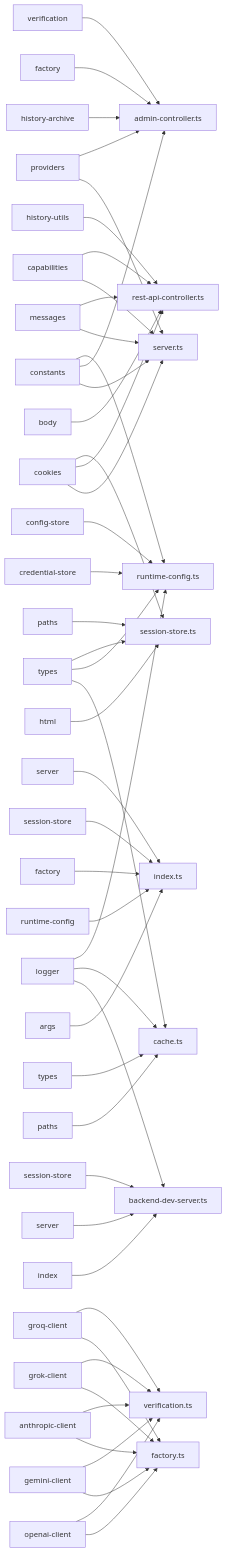
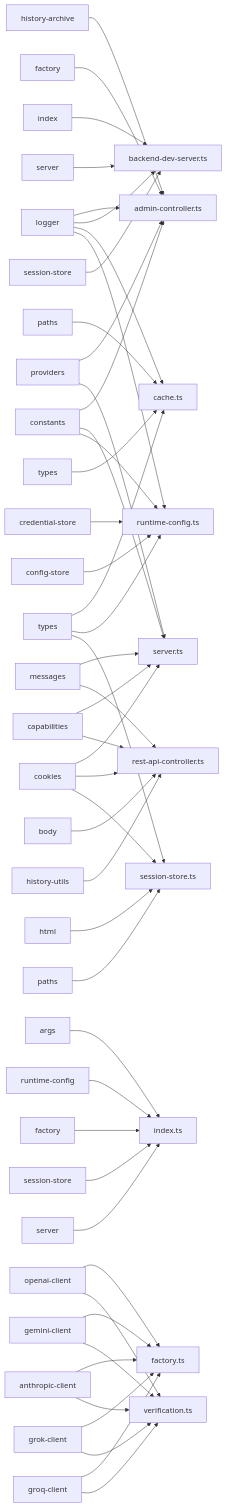
The second of 2 diagrams in .agent/rules/CODEBASE_MAP-part1.md (gerkensm/vaporvibe), drawn with Mermaid before and after one commit. The commit also changed other lines of this file and 11 other files, not shown here.

````diff
--- a/.agent/rules/CODEBASE_MAP-part1.md
+++ b/.agent/rules/CODEBASE_MAP-part1.md
@@ -118,60 +120,60 @@
 ```mermaid
 graph LR
+  server_admin_controller_ts["admin-controller.ts"]
+  ___logger_js["logger"] --> server_admin_controller_ts
+  ___constants_js["constants"] --> server_admin_controller_ts
+  ___constants_providers_js["providers"] --> server_admin_controller_ts
+  ___utils_history_archive_js["history-archive"] --> server_admin_controller_ts
+  ___llm_factory_js["factory"] --> server_admin_controller_ts
   server_server_ts["server.ts"]
   ___constants_js["constants"] --> server_server_ts
   ___constants_providers_js["providers"] --> server_server_ts
   ___llm_messages_js["messages"] --> server_server_ts
   ___llm_capabilities_js["capabilities"] --> server_server_ts
   ___utils_cookies_js["cookies"] --> server_server_ts
-  server_admin_controller_ts["admin-controller.ts"]
-  ___constants_js["constants"] --> server_admin_controller_ts
-  ___constants_providers_js["providers"] --> server_admin_controller_ts
-  ___utils_history_archive_js["history-archive"] --> server_admin_controller_ts
-  ___llm_factory_js["factory"] --> server_admin_controller_ts
-  ___llm_verification_js["verification"] --> server_admin_controller_ts
   server_rest_api_controller_ts["rest-api-controller.ts"]
   ___llm_capabilities_js["capabilities"] --> server_rest_api_controller_ts
   ___llm_messages_js["messages"] --> server_rest_api_controller_ts
   ___utils_cookies_js["cookies"] --> server_rest_api_controller_ts
   ___utils_body_js["body"] --> server_rest_api_controller_ts
   __history_utils_js["history-utils"] --> server_rest_api_controller_ts
   index_ts["index.ts"]
   __cli_args_js["args"] --> index_ts
   __config_runtime_config_js["runtime-config"] --> index_ts
   __llm_factory_js["factory"] --> index_ts
   __server_session_store_js["session-store"] --> index_ts
   __server_server_js["server"] --> index_ts
   dev_backend_dev_server_ts["backend-dev-server.ts"]
   ___logger_js["logger"] --> dev_backend_dev_server_ts
   ___index_js["index"] --> dev_backend_dev_server_ts
   ___server_server_js["server"] --> dev_backend_dev_server_ts
   ___server_session_store_js["session-store"] --> dev_backend_dev_server_ts
-  image_gen_cache_ts["cache.ts"]
-  ___logger_js["logger"] --> image_gen_cache_ts
-  __paths_js["paths"] --> image_gen_cache_ts
-  __types_js["types"] --> image_gen_cache_ts
-  ___types_js["types"] --> image_gen_cache_ts
   llm_factory_ts["factory.ts"]
   __openai_client_js["openai-client"] --> llm_factory_ts
   __gemini_client_js["gemini-client"] --> llm_factory_ts
   __anthropic_client_js["anthropic-client"] --> llm_factory_ts
   __grok_client_js["grok-client"] --> llm_factory_ts
   __groq_client_js["groq-client"] --> llm_factory_ts
+  image_gen_cache_ts["cache.ts"]
+  ___logger_js["logger"] --> image_gen_cache_ts
+  __paths_js["paths"] --> image_gen_cache_ts
+  __types_js["types"] --> image_gen_cache_ts
+  ___types_js["types"] --> image_gen_cache_ts
+  llm_verification_ts["verification.ts"]
+  __openai_client_js["openai-client"] --> llm_verification_ts
+  __gemini_client_js["gemini-client"] --> llm_verification_ts
+  __anthropic_client_js["anthropic-client"] --> llm_verification_ts
+  __grok_client_js["grok-client"] --> llm_verification_ts
+  __groq_client_js["groq-client"] --> llm_verification_ts
   config_runtime_config_ts["runtime-config.ts"]
   ___constants_js["constants"] --> config_runtime_config_ts
   ___utils_credential_store_js["credential-store"] --> config_runtime_config_ts
   ___utils_config_store_js["config-store"] --> config_runtime_config_ts
   ___logger_js["logger"] --> config_runtime_config_ts
   ___types_js["types"] --> config_runtime_config_ts
-  llm_verification_ts["verification.ts"]
-  __openai_client_js["openai-client"] --> llm_verification_ts
-  __gemini_client_js["gemini-client"] --> llm_verification_ts
-  __anthropic_client_js["anthropic-client"] --> llm_verification_ts
-  __grok_client_js["grok-client"] --> llm_verification_ts
-  __groq_client_js["groq-client"] --> llm_verification_ts
   server_session_store_ts["session-store.ts"]
   ___utils_cookies_js["cookies"] --> server_session_store_ts
   ___utils_html_js["html"] --> server_session_store_ts
   ___image_gen_paths_js["paths"] --> server_session_store_ts
   ___types_js["types"] --> server_session_store_ts
 ```
````
